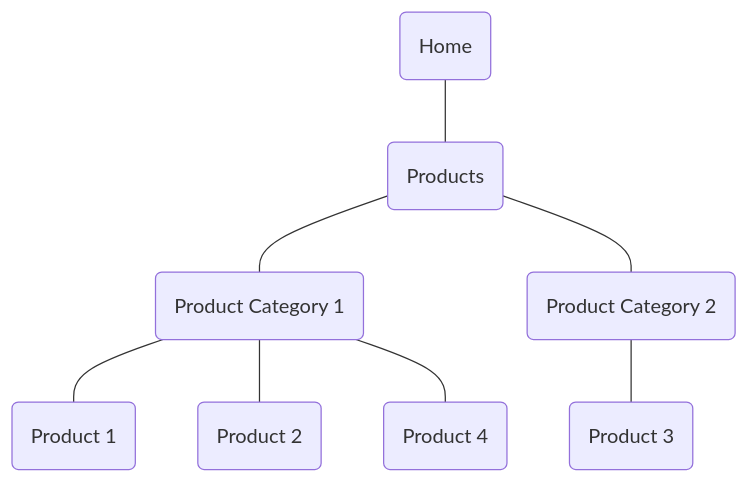
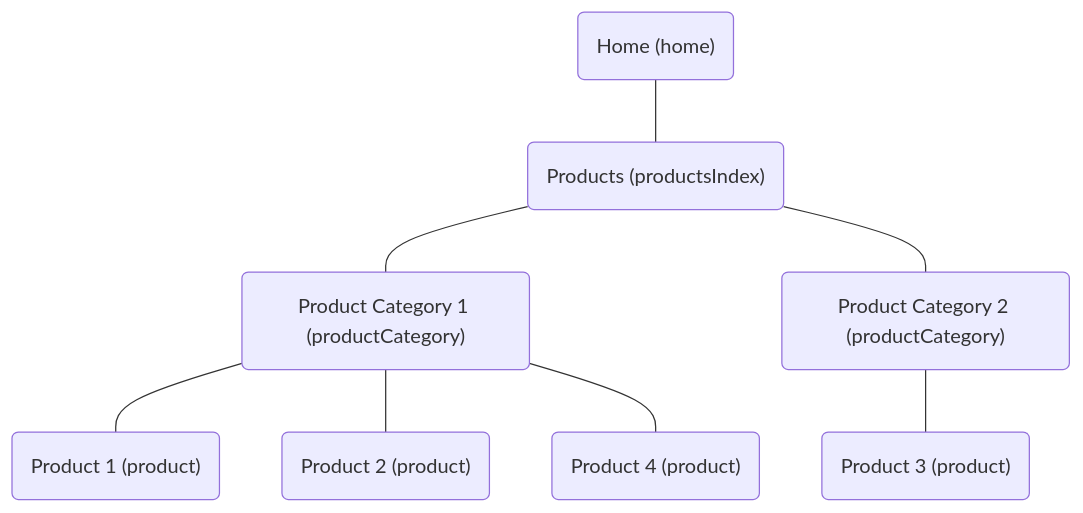
Before and after one commit to ljfio/Umbraco-InvisibleNodes: the diagram in README.md, drawn with Mermaid. The commit also changed other lines of this file, not shown here.

````diff
--- a/README.md
+++ b/README.md
@@ -15,10 +18,10 @@
 ```mermaid
 flowchart
-    home(Home)---products
-    products(Products)---productCategory1(Product Category)
-    products(Products)---productCategory2
-    productCategory1(Product Category 1)---product1(Product 1)
-    productCategory1---product2(Product 2)
-    productCategory2(Product Category 2)---product3(Product 3)
-    productCategory1---product4(Product 4)
+    home("Home (home)")---products("Products (productsIndex)")
+    products---productCategory1("Product Category 1 (productCategory)")
+    products---productCategory2("Product Category 2 (productCategory)")
+    productCategory1---product1("Product 1 (product)")
+    productCategory1---product2("Product 2 (product)")
+    productCategory2---product3("Product 3 (product)")
+    productCategory1---product4("Product 4 (product)")
 ```
````
